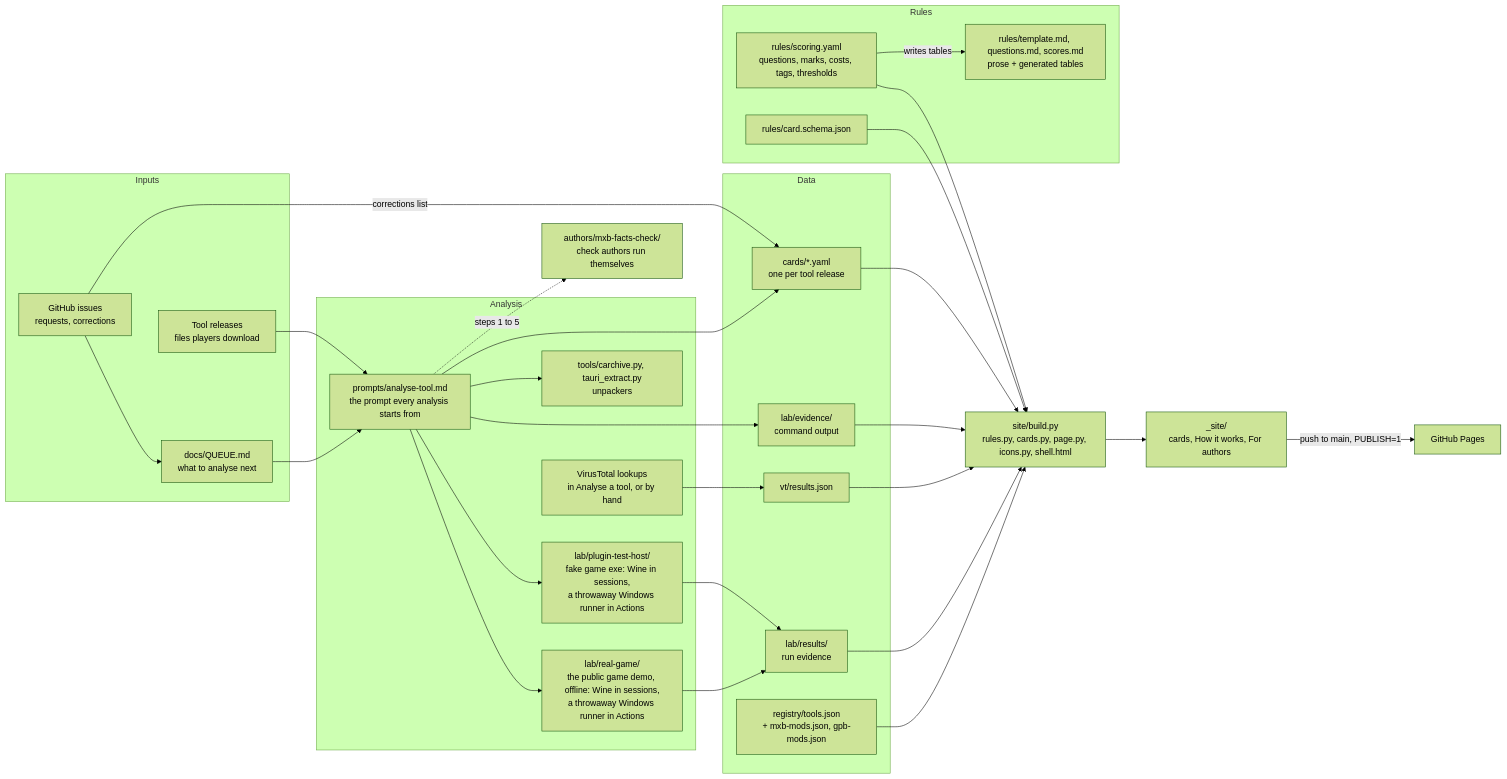
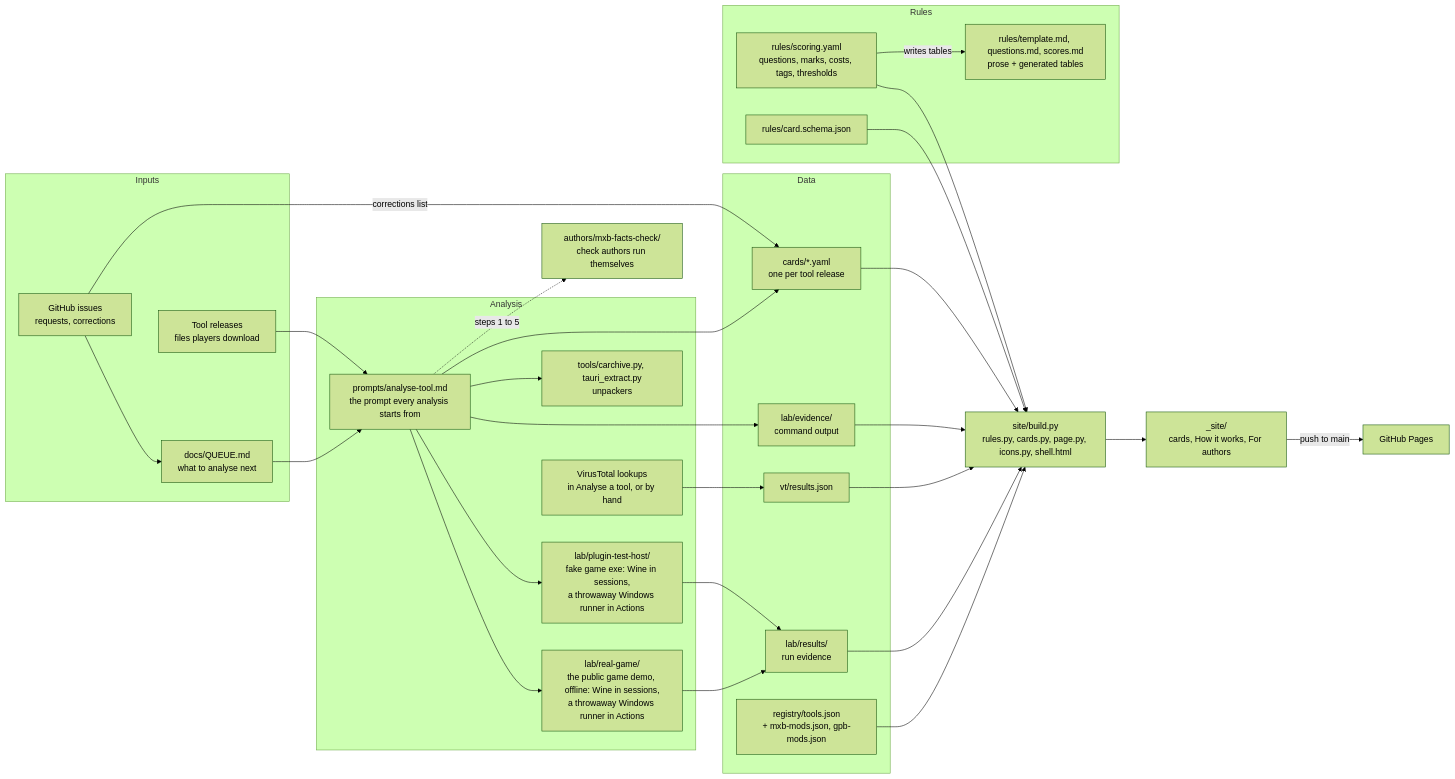
The diagram in docs/DEVELOPING.md (thomas4f/mxb-facts), drawn with Mermaid (forest theme) before and after one commit. The commit also changed other lines of this file and 5 other files, not shown here.

````diff
--- a/docs/DEVELOPING.md
+++ b/docs/DEVELOPING.md
@@ -7,55 +7,55 @@
 ```mermaid
 flowchart LR
   subgraph In["Inputs"]
     Q["docs/QUEUE.md<br/>what to analyse next"]
     I["GitHub issues<br/>requests, corrections"]
     R["Tool releases<br/>files players download"]
   end
 
   subgraph Analyse["Analysis"]
     P["prompts/analyse-tool.md<br/>the prompt every analysis starts from"]
     RG["lab/real-game/<br/>the public game demo, offline: Wine in sessions,<br/>a throwaway Windows runner in Actions"]
     L["lab/plugin-test-host/<br/>fake game exe: Wine in sessions,<br/>a throwaway Windows runner in Actions"]
     U["tools/carchive.py, tauri_extract.py<br/>unpackers"]
     VT["VirusTotal lookups<br/>in Analyse a tool, or by hand"]
   end
 
   subgraph Data["Data"]
     C["cards/*.yaml<br/>one per tool release"]
     LR["lab/results/<br/>run evidence"]
     EV["lab/evidence/<br/>command output"]
     V["vt/results.json"]
     REG["registry/tools.json<br/>+ mxb-mods.json, gpb-mods.json"]
   end
 
   subgraph Rules["Rules"]
     S["rules/scoring.yaml<br/>questions, marks, costs, tags, thresholds"]
     SC["rules/card.schema.json"]
     T["rules/template.md, questions.md, scores.md<br/>prose + generated tables"]
   end
 
   B["site/build.py<br/>rules.py, cards.py, page.py, icons.py, shell.html"]
   O["_site/<br/>cards, How it works, For authors"]
   GP["GitHub Pages"]
   A["authors/mxb-facts-check/<br/>check authors run themselves"]
 
   Q --> P
   I --> Q
   I -->|corrections list| C
   R --> P
   P --> RG --> LR
   P --> L --> LR
   P --> EV --> B
   P --> U
   P --> C
   VT --> V
   S --> B
   SC --> B
   S -->|writes tables| T
   C --> B
   LR --> B
   V --> B
   REG --> B
-  B --> O -->|push to main, PUBLISH=1| GP
+  B --> O -->|push to main| GP
   P -. steps 1 to 5 .-> A
 ```
````
